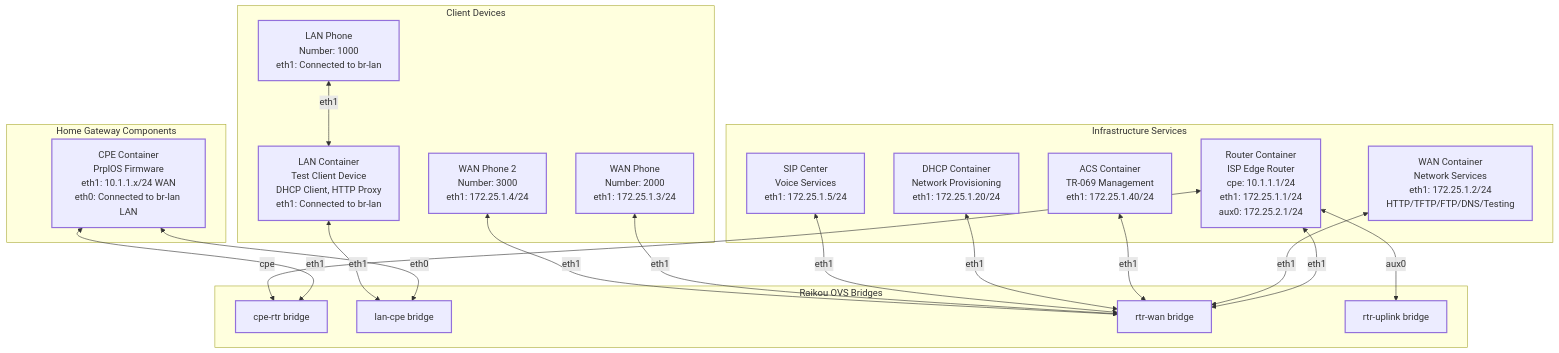
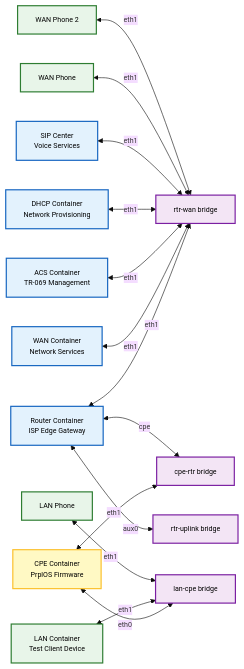
Before and after one commit to alottabits/boardfarm-bdd: the second of 2 diagrams in docs/Testbed Network Topology.md, drawn with Mermaid. The commit also changed other lines of this file, not shown here.

Commit message:
improve the representation of the Testbed topology

````diff
--- a/docs/Testbed Network Topology.md
+++ b/docs/Testbed Network Topology.md
@@ -79,57 +80,57 @@
 ```mermaid
-graph TB
-    subgraph "Raikou OVS Bridges"
-        BRIDGE_CPE_RTR[cpe-rtr bridge]
-        BRIDGE_LAN_CPE[lan-cpe bridge]
-        BRIDGE_RTR_WAN[rtr-wan bridge]
-        BRIDGE_RTR_UPLINK[rtr-uplink bridge]
-    end
+%%{init: {'theme': 'base', 'themeVariables': { 'fontSize': '12px', 'fontFamily': 'arial' }}}%%
+graph LR
+    %% --- NODES ---
+    %% 1. Infrastructure Nodes
+    ROUTER[Router Container<br/>ISP Edge Gateway]
+    WAN[WAN Container<br/>Network Services]
+    ACS[ACS Container<br/>TR-069 Management]
+    DHCP[DHCP Container<br/>Network Provisioning]
+    SIP[SIP Center<br/>Voice Services]
 
-    subgraph "Home Gateway Components"
-        CPE[CPE Container<br/>PrplOS Firmware<br/>eth1: 10.1.1.x/24 WAN<br/>eth0: Connected to br-lan LAN]
-    end
+    %% 2. CPE Nodes
+    CPE[CPE Container<br/>PrplOS Firmware]
 
-    subgraph "Infrastructure Services"
-        ROUTER[Router Container<br/>ISP Edge Router<br/>cpe: 10.1.1.1/24<br/>eth1: 172.25.1.1/24<br/>aux0: 172.25.2.1/24]
-        WAN[WAN Container<br/>Network Services<br/>eth1: 172.25.1.2/24<br/>HTTP/TFTP/FTP/DNS/Testing]
-        ACS[ACS Container<br/>TR-069 Management<br/>eth1: 172.25.1.40/24]
-        DHCP[DHCP Container<br/>Network Provisioning<br/>eth1: 172.25.1.20/24]
-        SIP[SIP Center<br/>Voice Services<br/>eth1: 172.25.1.5/24]
-    end
+    %% 3. Client Nodes
+    LAN[LAN Container<br/>Test Client Device]
+    LAN_PHONE[LAN Phone]
+    WAN_PHONE[WAN Phone]
+    WAN_PHONE2[WAN Phone 2]
 
-    subgraph "Client Devices"
-        LAN[LAN Container<br/>Test Client Device<br/>DHCP Client, HTTP Proxy<br/>eth1: Connected to br-lan]
-        LAN_PHONE[LAN Phone<br/>Number: 1000<br/>eth1: Connected to br-lan]
-        WAN_PHONE[WAN Phone<br/>Number: 2000<br/>eth1: 172.25.1.3/24]
-        WAN_PHONE2[WAN Phone 2<br/>Number: 3000<br/>eth1: 172.25.1.4/24]
-    end
+    %% 4. Bridge Nodes
+    BRIDGE_CPE_RTR[cpe-rtr bridge]
+    BRIDGE_LAN_CPE[lan-cpe bridge]
+    BRIDGE_RTR_WAN[rtr-wan bridge]
+    BRIDGE_RTR_UPLINK[rtr-uplink bridge]
 
-    %% Raikou Bridge Connections
+    %% --- VISIBLE CONNECTIONS (Indices 0-12) ---
     CPE <-->|eth1| BRIDGE_CPE_RTR
     ROUTER <-->|cpe| BRIDGE_CPE_RTR
-
     CPE <-->|eth0| BRIDGE_LAN_CPE
     LAN <-->|eth1| BRIDGE_LAN_CPE
-    LAN_PHONE <-->|eth1| LAN
-
+    LAN_PHONE <-->|eth1| BRIDGE_LAN_CPE
     ROUTER <-->|eth1| BRIDGE_RTR_WAN
     WAN <-->|eth1| BRIDGE_RTR_WAN
     ACS <-->|eth1| BRIDGE_RTR_WAN
     DHCP <-->|eth1| BRIDGE_RTR_WAN
     SIP <-->|eth1| BRIDGE_RTR_WAN
     WAN_PHONE <-->|eth1| BRIDGE_RTR_WAN
     WAN_PHONE2 <-->|eth1| BRIDGE_RTR_WAN
-
     ROUTER <-->|aux0| BRIDGE_RTR_UPLINK
 
-    %% Styling - Using default theme for automatic light/dark mode support
-    classDef gateway stroke-width:2px
-    classDef infrastructure stroke-width:2px
-    classDef client stroke-width:2px
-    classDef bridge stroke-width:2px
 
-    class CPE gateway
-    class WAN,ACS,DHCP,SIP,ROUTER infrastructure
+
+    %% Tighter Styling
+    %% font: Make text smaller (default is usually 16px)
+    %% padding: Reduce internal whitespace (default is usually higher)
+    classDef infra fill:#e3f2fd,stroke:#1565c0,stroke-width:2px,color:black;
+    classDef cpe fill:#fff9c4,stroke:#fbc02d,stroke-width:2px,color:black;
+    classDef client fill:#e8f5e9,stroke:#2e7d32,stroke-width:2px,color:black;
+    classDef bridge fill:#f3e5f5,stroke:#7b1fa2,stroke-width:2px,color:black;
+
+    %% Apply classes
+    class WAN,ACS,DHCP,SIP,ROUTER infra
+    class CPE cpe
     class LAN,LAN_PHONE,WAN_PHONE,WAN_PHONE2 client
     class BRIDGE_CPE_RTR,BRIDGE_LAN_CPE,BRIDGE_RTR_WAN,BRIDGE_RTR_UPLINK bridge
 ```
````
